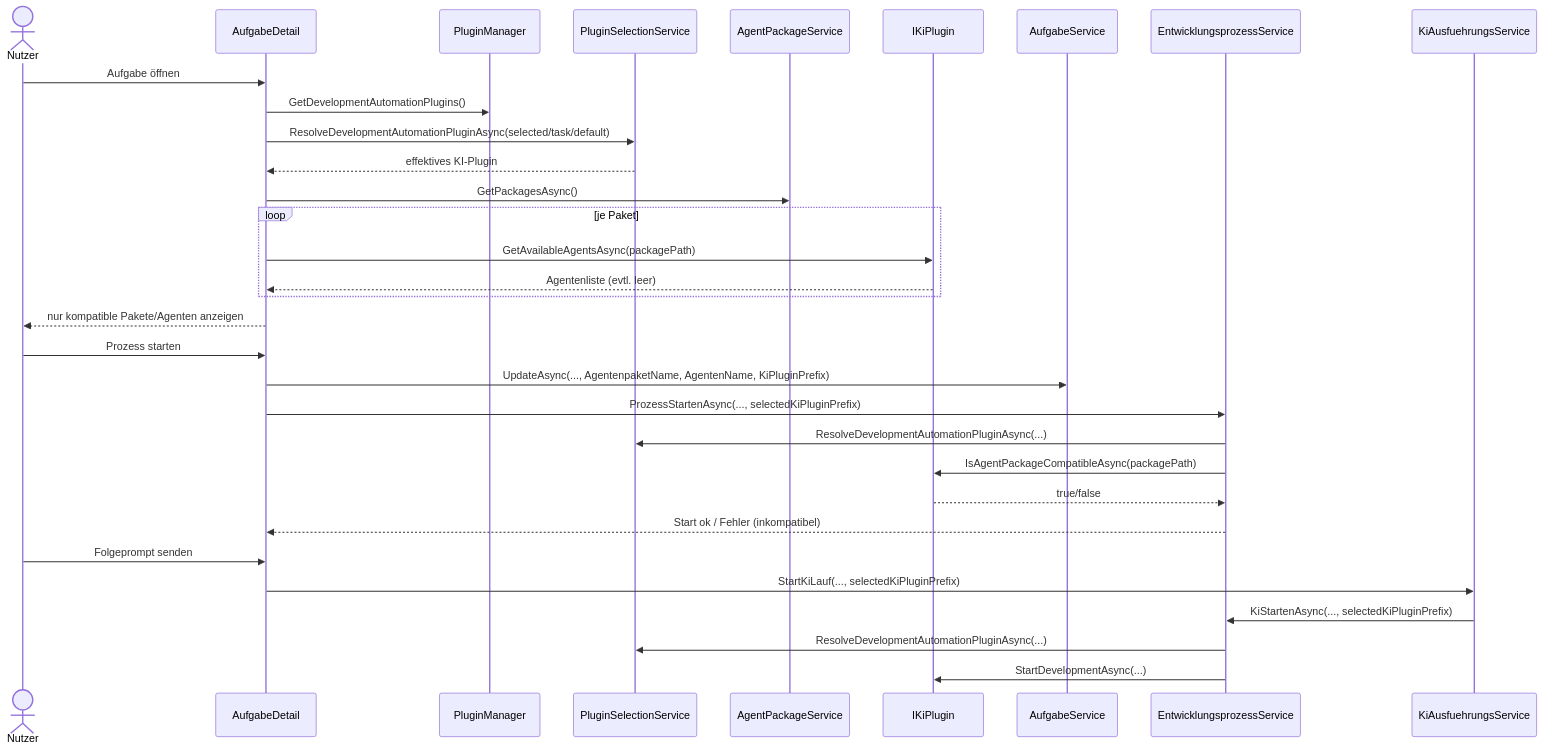
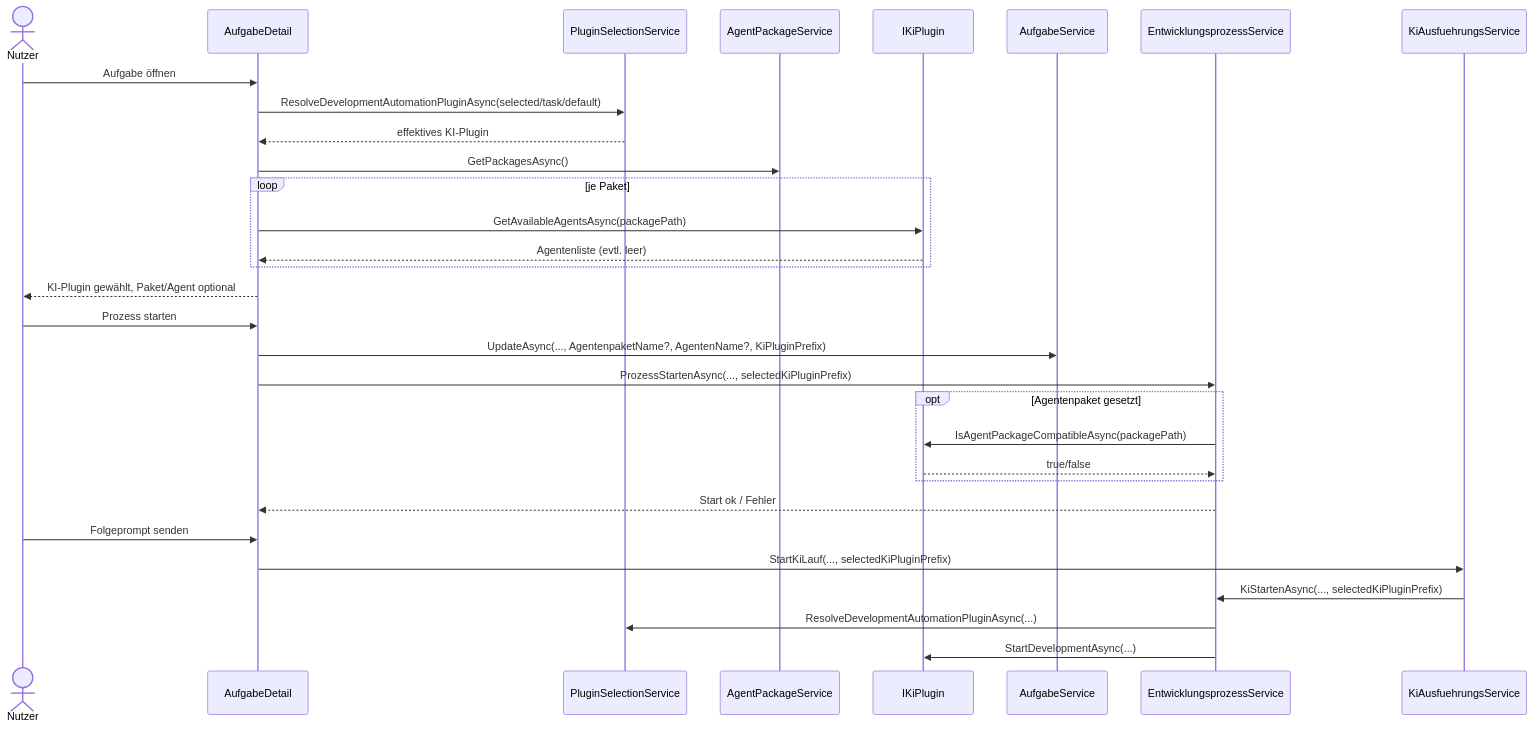
Before and after one commit to martin-stromberg/Softwareschmiede: the first of 2 diagrams in docs/flows/ki-plugin-spezifische-agenten-discovery-auswahl-flow.md, drawn with Mermaid. The commit also changed other lines of this file and 28 other files, not shown here.

````diff
--- a/docs/flows/ki-plugin-spezifische-agenten-discovery-auswahl-flow.md
+++ b/docs/flows/ki-plugin-spezifische-agenten-discovery-auswahl-flow.md
@@ -14,37 +10,36 @@
 ```mermaid
 sequenceDiagram
     actor U as Nutzer
     participant UI as AufgabeDetail
-    participant PM as PluginManager
     participant PS as PluginSelectionService
     participant APS as AgentPackageService
     participant KI as IKiPlugin
     participant AS as AufgabeService
     participant EPS as EntwicklungsprozessService
     participant KAS as KiAusfuehrungsService
 
     U->>UI: Aufgabe öffnen
-    UI->>PM: GetDevelopmentAutomationPlugins()
     UI->>PS: ResolveDevelopmentAutomationPluginAsync(selected/task/default)
     PS-->>UI: effektives KI-Plugin
     UI->>APS: GetPackagesAsync()
     loop je Paket
         UI->>KI: GetAvailableAgentsAsync(packagePath)
         KI-->>UI: Agentenliste (evtl. leer)
     end
-    UI-->>U: nur kompatible Pakete/Agenten anzeigen
+    UI-->>U: KI-Plugin gewählt, Paket/Agent optional
 
     U->>UI: Prozess starten
-    UI->>AS: UpdateAsync(..., AgentenpaketName, AgentenName, KiPluginPrefix)
+    UI->>AS: UpdateAsync(..., AgentenpaketName?, AgentenName?, KiPluginPrefix)
     UI->>EPS: ProzessStartenAsync(..., selectedKiPluginPrefix)
-    EPS->>PS: ResolveDevelopmentAutomationPluginAsync(...)
-    EPS->>KI: IsAgentPackageCompatibleAsync(packagePath)
-    KI-->>EPS: true/false
-    EPS-->>UI: Start ok / Fehler (inkompatibel)
+    opt Agentenpaket gesetzt
+        EPS->>KI: IsAgentPackageCompatibleAsync(packagePath)
+        KI-->>EPS: true/false
+    end
+    EPS-->>UI: Start ok / Fehler
 
     U->>UI: Folgeprompt senden
     UI->>KAS: StartKiLauf(..., selectedKiPluginPrefix)
     KAS->>EPS: KiStartenAsync(..., selectedKiPluginPrefix)
     EPS->>PS: ResolveDevelopmentAutomationPluginAsync(...)
     EPS->>KI: StartDevelopmentAsync(...)
 ```
````
